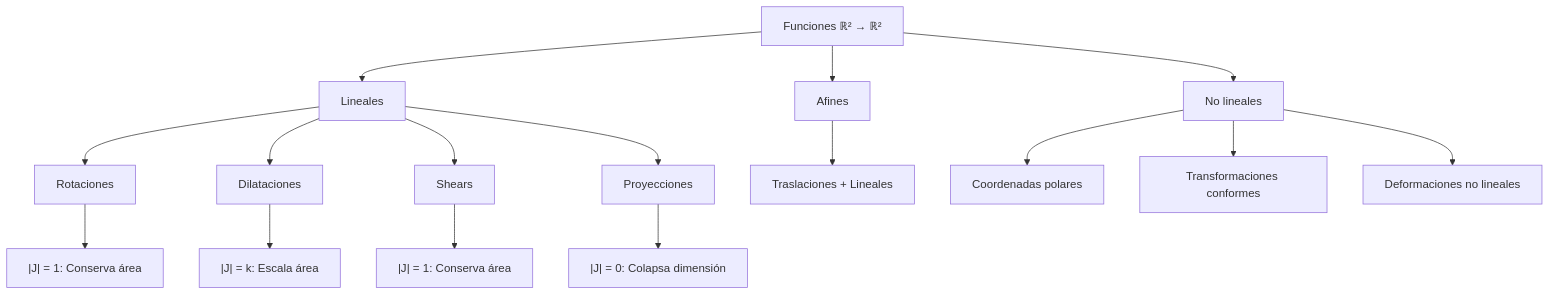
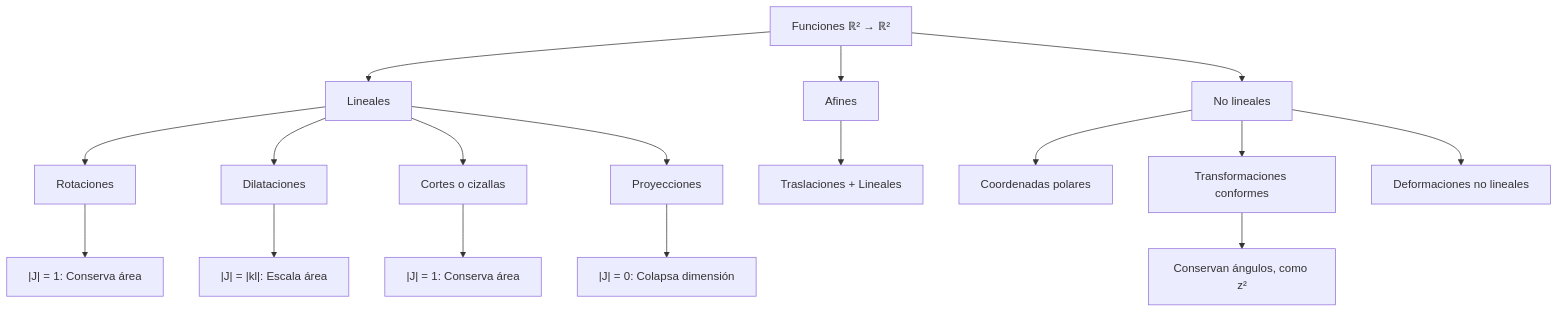
The second of 2 diagrams in public/documents/semester-3/2/3214.md (djaimej/computer-science-template), drawn with Mermaid before and after one commit. The commit also changed other lines of this file and 21 other files, not shown here.

````diff
--- a/public/documents/semester-3/2/3214.md
+++ b/public/documents/semester-3/2/3214.md
@@ -225,26 +261,27 @@
 ```mermaid
 graph TD
     A[Funciones ℝ² → ℝ²] --> B[Lineales]
     A --> C[Afines]
     A --> D[No lineales]
 
     B --> B1[Rotaciones]
     B --> B2[Dilataciones]
-    B --> B3[Shears]
+    B --> B3[Cortes o cizallas]
     B --> B4[Proyecciones]
 
     C --> C1[Traslaciones + Lineales]
 
     D --> D1[Coordenadas polares]
     D --> D2[Transformaciones conformes]
     D --> D3[Deformaciones no lineales]
 
     B1 --> E["|J| = 1: Conserva área"]
-    B2 --> F["|J| = k: Escala área"]
+    B2 --> F["|J| = |kl|: Escala área"]
     B3 --> G["|J| = 1: Conserva área"]
     B4 --> H["|J| = 0: Colapsa dimensión"]
+    D2 --> I["Conservan ángulos, como z²"]
 
     class B,B1,B2,B3,B4 green;
     class C,C1 orange;
     class D,D1,D2,D3 red;
 ```
````
